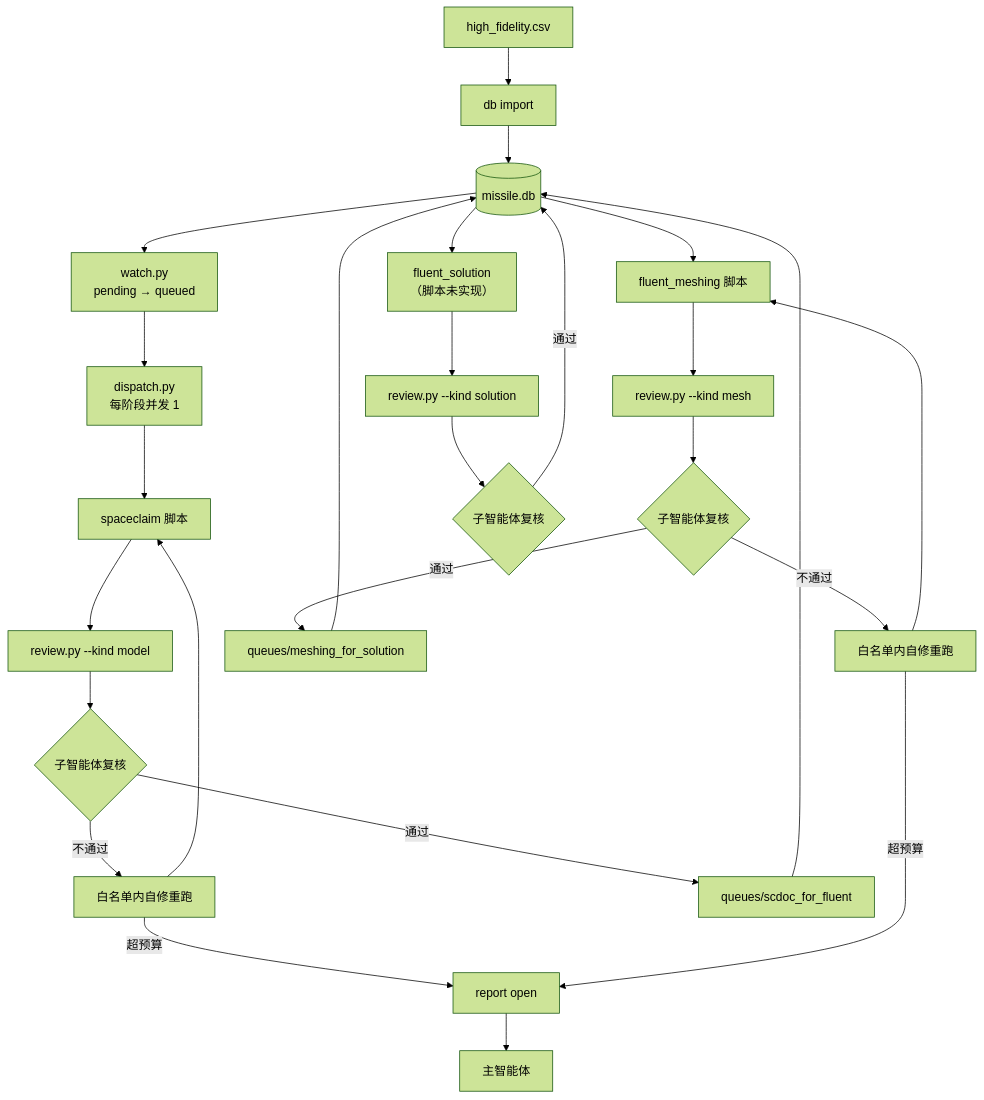
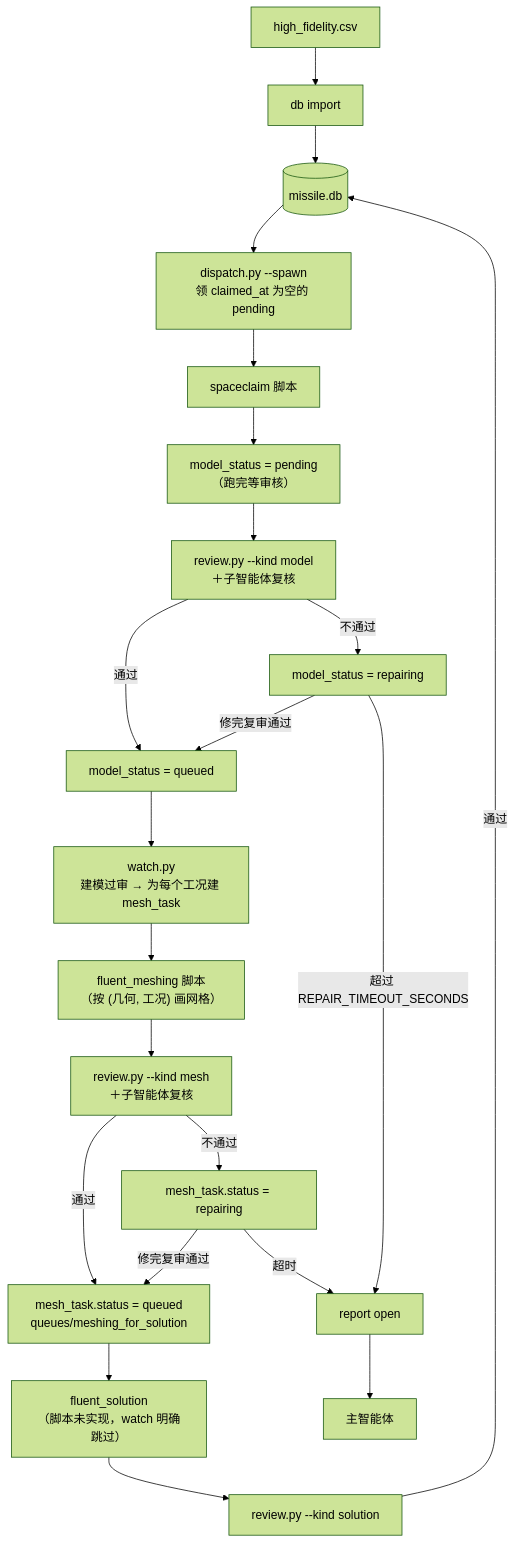
The first of 3 diagrams in myplan.md (Chen-Xin-Yuan/AutoWorkflow-Spaceclaim-Fluent-ML), drawn with Mermaid (forest theme) before and after one commit. The commit also changed other lines of this file and 15 other files, not shown here.

````diff
--- a/myplan.md
+++ b/myplan.md
@@ -555,28 +682,24 @@
 ```mermaid
 flowchart TD
   csv["high_fidelity.csv"] --> imp["db import"]
   imp --> db[("missile.db")]
-  db --> wat["watch.py<br/>pending → queued"]
-  wat --> dis["dispatch.py<br/>每阶段并发 1"]
+  db --> dis["dispatch.py --spawn<br/>领 claimed_at 为空的 pending"]
   dis --> sc["spaceclaim 脚本"]
-  sc --> r1["review.py --kind model"]
-  r1 --> a1{"子智能体复核"}
-  a1 -->|不通过| fix1["白名单内自修重跑"]
-  fix1 --> sc
-  fix1 -->|超预算| rep["report open"]
-  a1 -->|通过| q1["queues/scdoc_for_fluent"]
-  q1 --> db
-  db --> me["fluent_meshing 脚本"]
-  me --> r2["review.py --kind mesh"]
-  r2 --> a2{"子智能体复核"}
-  a2 -->|不通过| fix2["白名单内自修重跑"]
-  fix2 --> me
-  fix2 -->|超预算| rep
-  a2 -->|通过| q2["queues/meshing_for_solution"]
-  q2 --> db
-  db --> so["fluent_solution<br/>（脚本未实现）"]
+  sc --> pend1["model_status = pending<br/>（跑完等审核）"]
+  pend1 --> r1["review.py --kind model<br/>＋子智能体复核"]
+  r1 -->|通过| q1["model_status = queued"]
+  r1 -->|不通过| fix1["model_status = repairing"]
+  fix1 -->|修完复审通过| q1
+  fix1 -->|超过 REPAIR_TIMEOUT_SECONDS| rep["report open"]
+  q1 --> wat["watch.py<br/>建模过审 → 为每个工况建 mesh_task"]
+  wat --> me["fluent_meshing 脚本<br/>（按 (几何, 工况) 画网格）"]
+  me --> r2["review.py --kind mesh<br/>＋子智能体复核"]
+  r2 -->|通过| q2["mesh_task.status = queued<br/>queues/meshing_for_solution"]
+  r2 -->|不通过| fix2["mesh_task.status = repairing"]
+  fix2 -->|修完复审通过| q2
+  fix2 -->|超时| rep
+  q2 --> so["fluent_solution<br/>（脚本未实现，watch 明确跳过）"]
   so --> r3["review.py --kind solution"]
-  r3 --> a3{"子智能体复核"}
-  a3 -->|通过| db
+  r3 -->|通过| db
   rep --> main["主智能体"]
 ```
````
